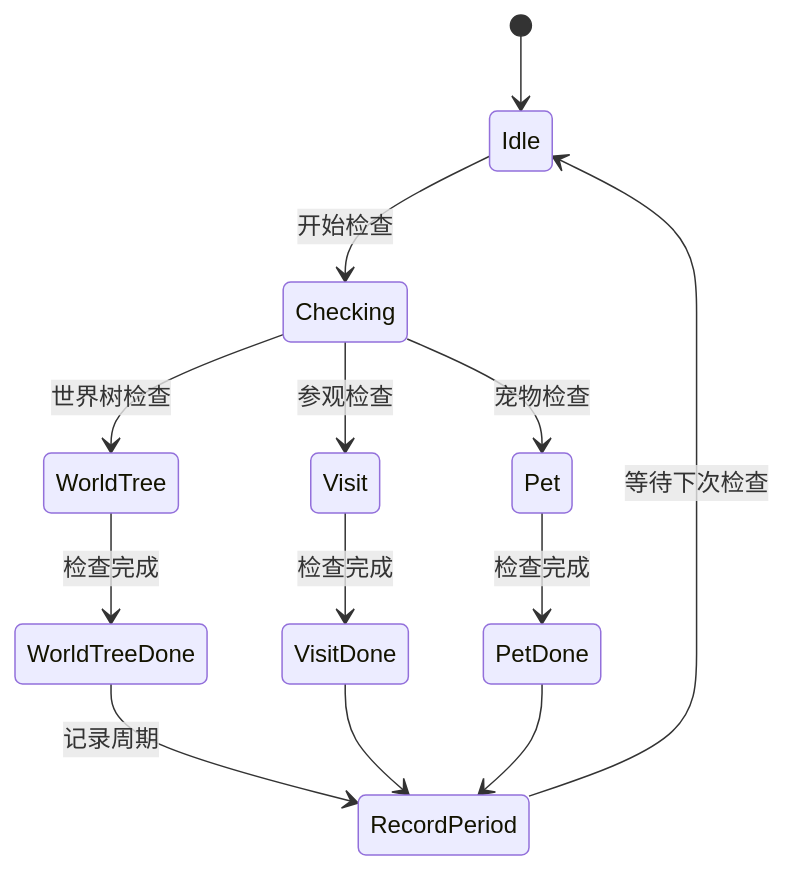
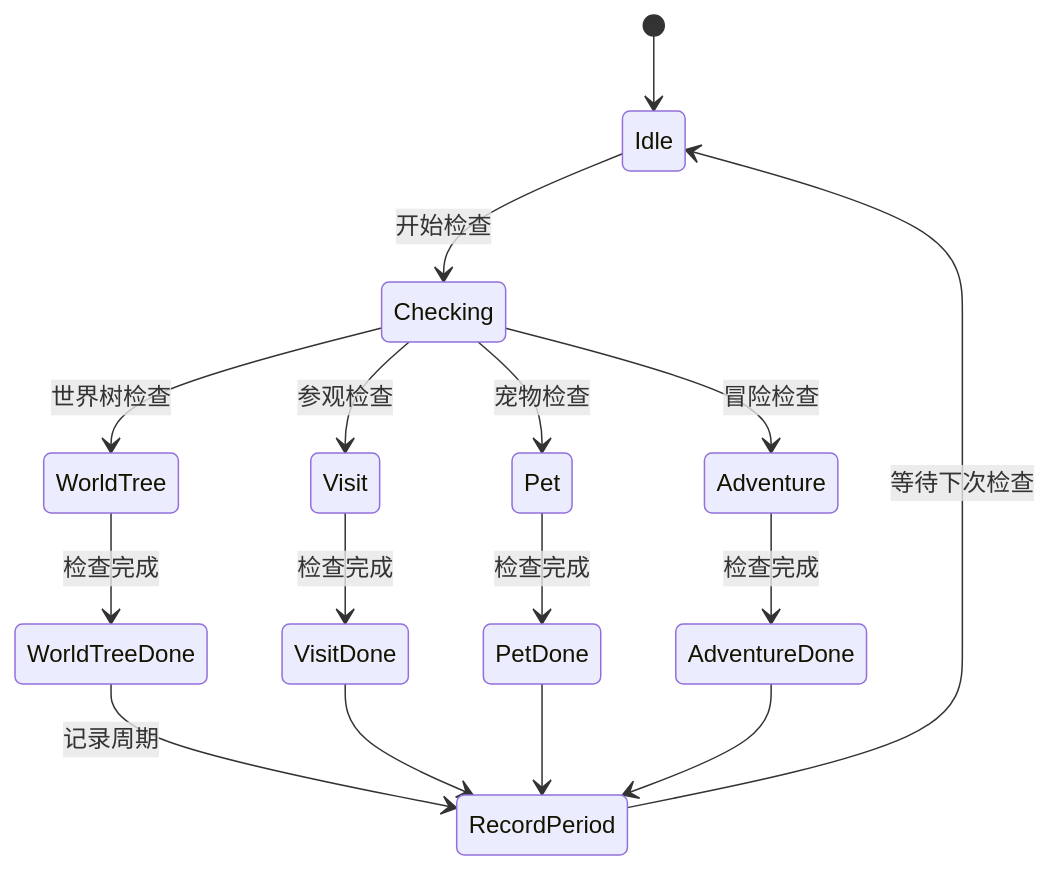
Before and after one commit to kqcoxn/MaaDuDuL: the seventh of 15 diagrams in .qoder/repowiki/zh/content/Daily Saint Tour Functionality.md, drawn with Mermaid. The commit also changed other lines of this file and 12 other files, not shown here.

````diff
--- a/.qoder/repowiki/zh/content/Daily Saint Tour Functionality.md
+++ b/.qoder/repowiki/zh/content/Daily Saint Tour Functionality.md
@@ -259,15 +285,18 @@
 ```mermaid
 stateDiagram-v2
 [*] --> Idle
 Idle --> Checking : 开始检查
 Checking --> WorldTree : 世界树检查
 Checking --> Visit : 参观检查
 Checking --> Pet : 宠物检查
+Checking --> Adventure : 冒险检查
 WorldTree --> WorldTreeDone : 检查完成
 Visit --> VisitDone : 检查完成
 Pet --> PetDone : 检查完成
+Adventure --> AdventureDone : 检查完成
 WorldTreeDone --> RecordPeriod : 记录周期
 VisitDone --> RecordPeriod
 PetDone --> RecordPeriod
+AdventureDone --> RecordPeriod
 RecordPeriod --> Idle : 等待下次检查
 ```
````
